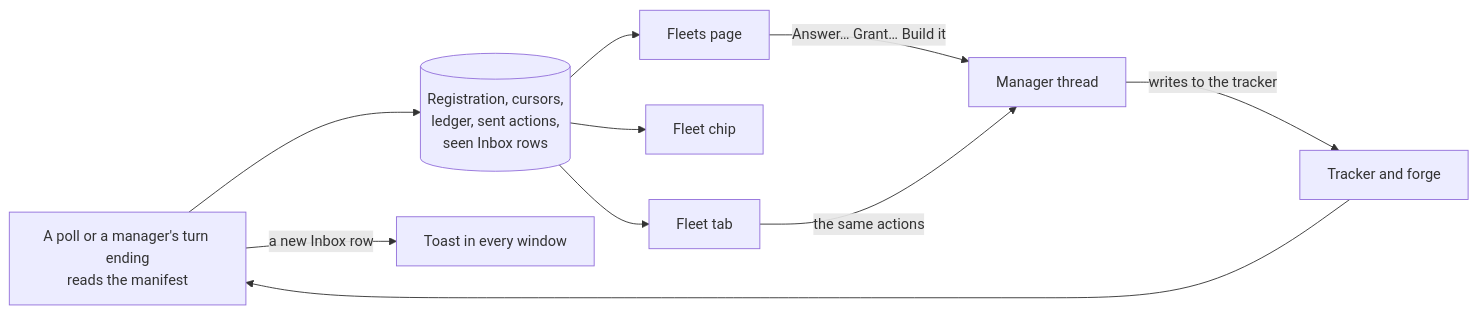
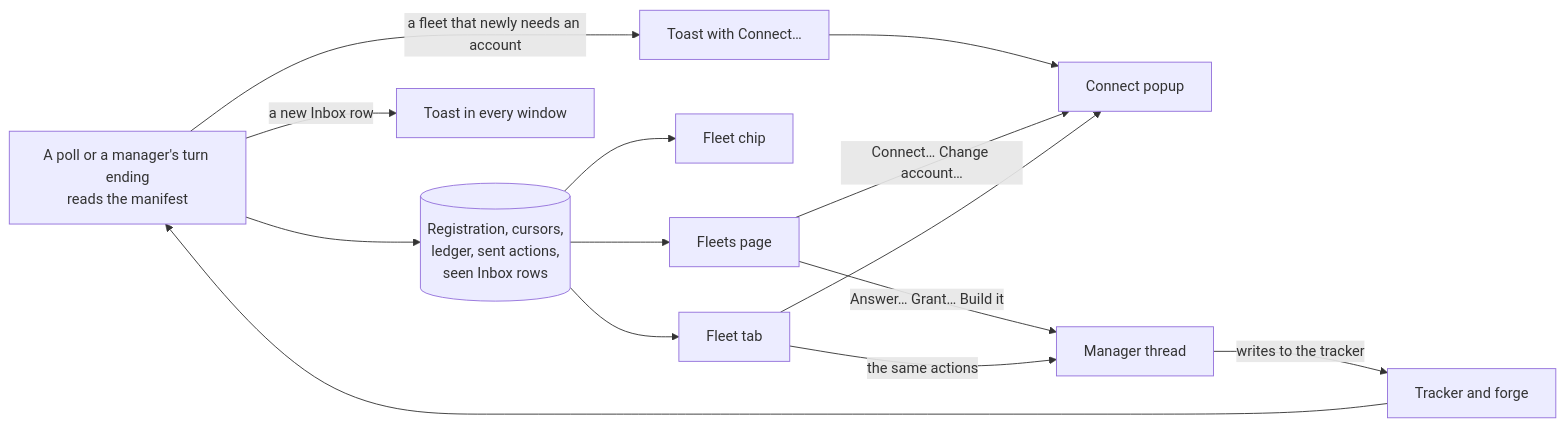
One commit to gperezmz/bb-plugins changed the diagram in docs/reference/unattendish-dashboard.md. Above: the diagram before and after it, drawn with Mermaid. The commit also changed other lines of this file and 12 other files, not shown here.

````diff
--- a/docs/reference/unattendish-dashboard.md
+++ b/docs/reference/unattendish-dashboard.md
@@ -3,12 +3,16 @@
 ```mermaid
 flowchart LR
   poll["A poll or a manager's turn ending<br/>reads the manifest"] --> state[("Registration, cursors,<br/>ledger, sent actions,<br/>seen Inbox rows")]
   state --> page["Fleets page"]
   state --> chip["Fleet chip"]
   state --> tab["Fleet tab"]
   poll -->|a new Inbox row| toast["Toast in every window"]
+  poll -->|a fleet that newly needs an account| needs["Toast with Connect…"]
+  needs --> connect["Connect popup"]
+  page -->|Connect… Change account…| connect
+  tab --> connect
   page -->|Answer… Grant… Build it| manager["Manager thread"]
   tab -->|the same actions| manager
   manager -->|writes to the tracker| service["Tracker and forge"]
   service --> poll
 ```
````
